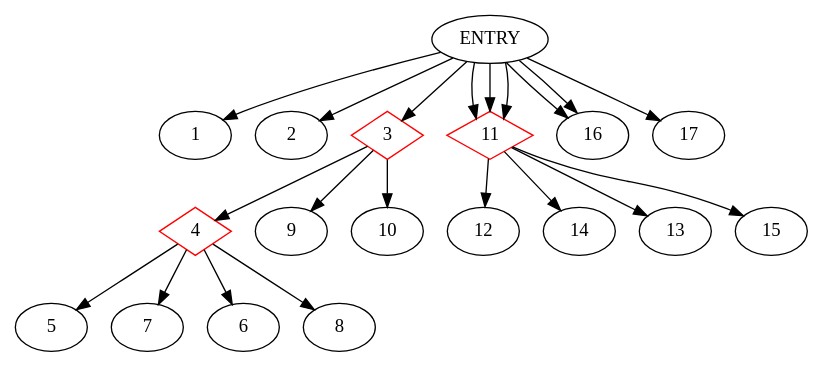
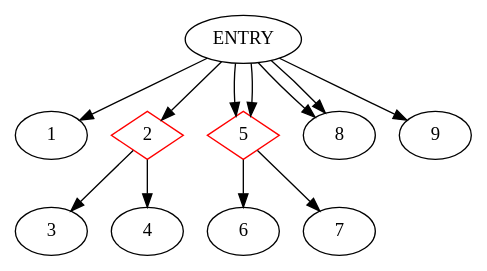
The diagram in Testgen/CDG.dot (akshitij/TestgenRepo), drawn with Graphviz before and after one commit. The commit also changed 19 other files, not shown here.

```diff
--- a/Testgen/CDG.dot
+++ b/Testgen/CDG.dot
@@ -1,27 +1,16 @@
 digraph CDG {
 ENTRY -> 1
+2 [shape=diamond, color=red]
 ENTRY -> 2
-3 [shape=diamond, color=red]
-ENTRY -> 3
-4 [shape=diamond, color=red]
-3-> 4
-3-> 9
-4-> 5
-4-> 7
-4-> 6
-11 [shape=diamond, color=red]
-ENTRY -> 11
-4-> 8
-11 [shape=diamond, color=red]
-ENTRY -> 11
-3-> 10
-11 [shape=diamond, color=red]
-ENTRY -> 11
-11-> 12
-11-> 14
-11-> 13
-ENTRY -> 16
-11-> 15
-ENTRY -> 16
-ENTRY -> 17
+2-> 3
+2-> 4
+5 [shape=diamond, color=red]
+ENTRY -> 5
+5 [shape=diamond, color=red]
+ENTRY -> 5
+5-> 6
+5-> 7
+ENTRY -> 8
+ENTRY -> 8
+ENTRY -> 9
 }
```
